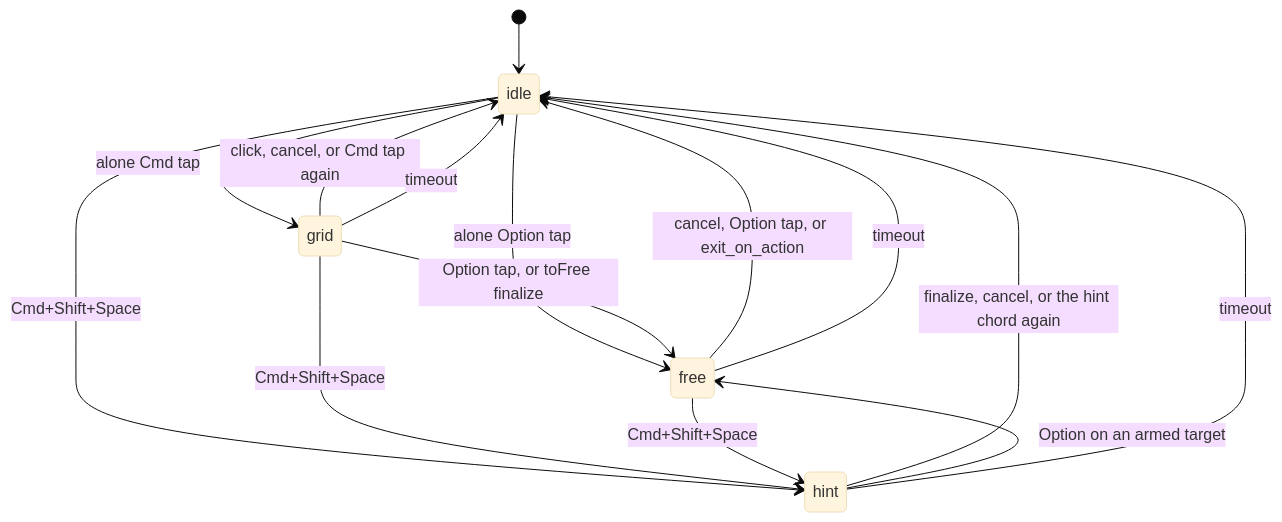
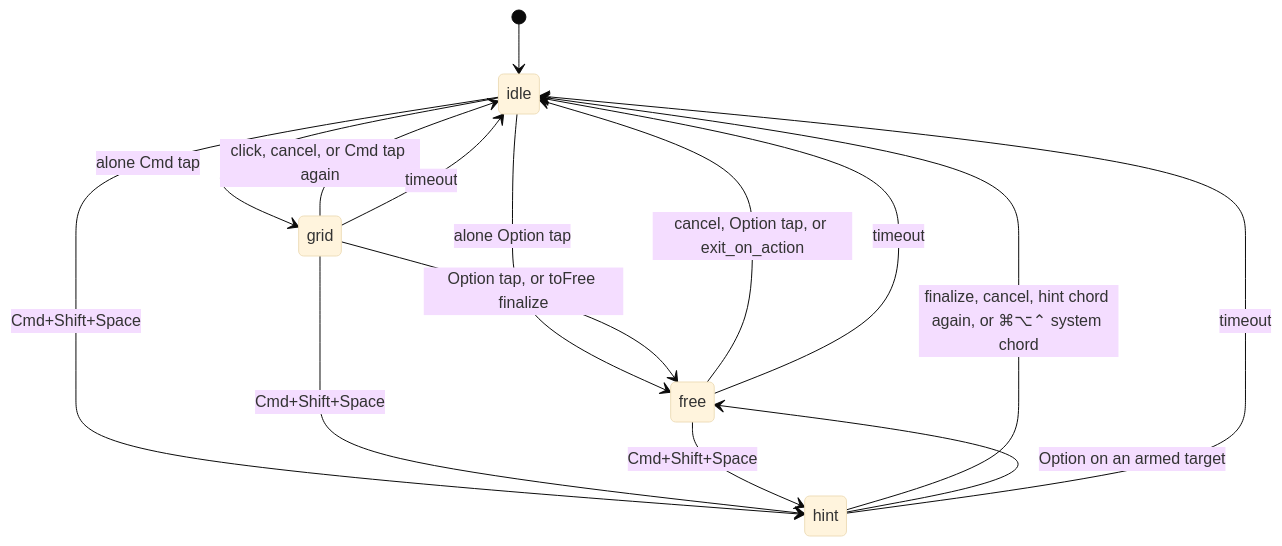
Before and after one commit to marchellll/unmouse: the fourth of 13 diagrams in docs/architecture.md, drawn with Mermaid (base theme). The commit also changed other lines of this file and 6 other files, not shown here.

````diff
--- a/docs/architecture.md
+++ b/docs/architecture.md
@@ -142,17 +143,17 @@
 ```mermaid
 stateDiagram-v2
     [*] --> idle
     idle --> grid: alone Cmd tap
     idle --> free: alone Option tap
     idle --> hint: Cmd+Shift+Space
     grid --> free: Option tap, or toFree finalize
     grid --> idle: click, cancel, or Cmd tap again
     grid --> hint: Cmd+Shift+Space
     free --> idle: cancel, Option tap, or exit_on_action
     free --> hint: Cmd+Shift+Space
-    hint --> idle: finalize, cancel, or the hint chord again
+    hint --> idle: finalize, cancel, hint chord again, or ⌘⌥⌃ system chord
     hint --> free: Option on an armed target
     grid --> idle: timeout
     free --> idle: timeout
     hint --> idle: timeout
 ```
````
